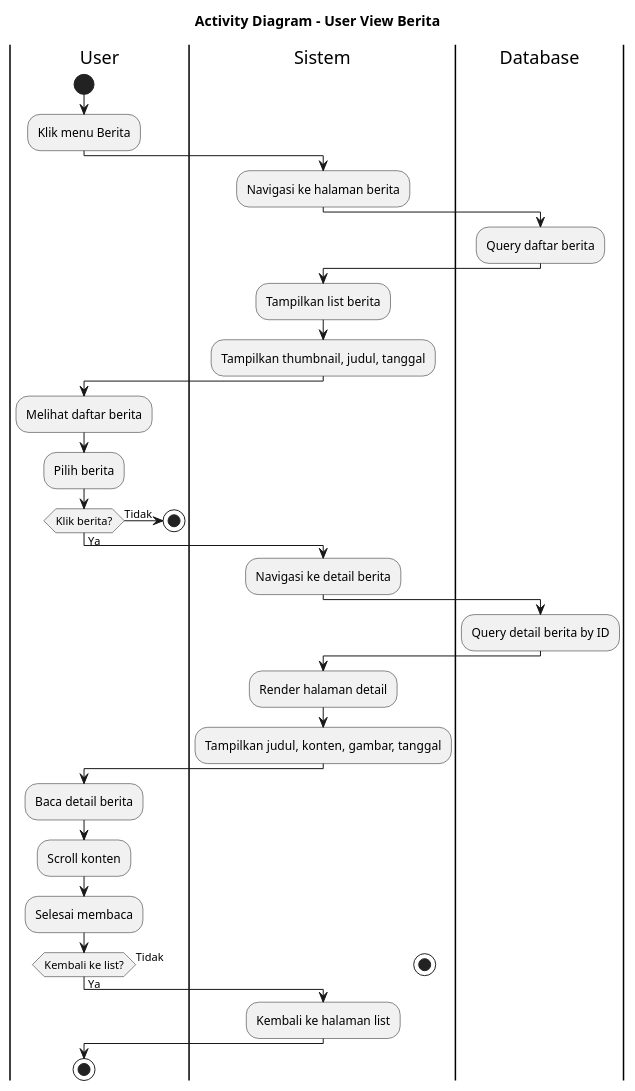
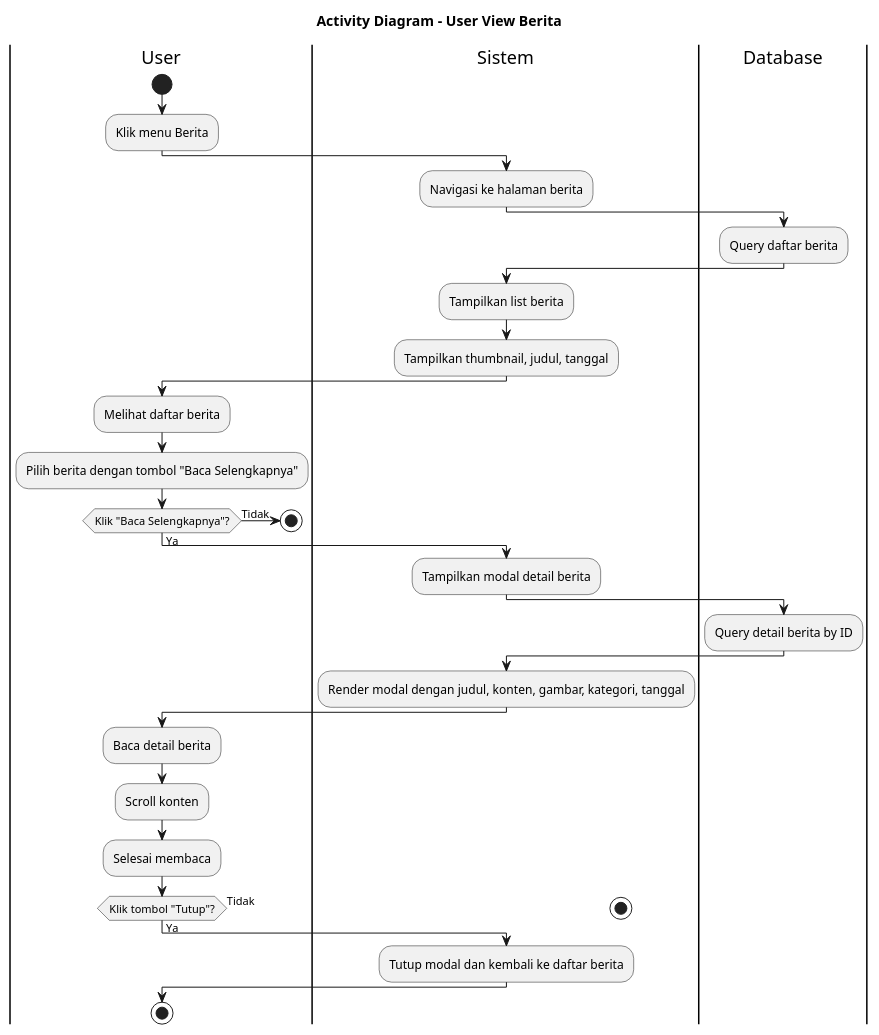
One commit to jaddu17/capstonepmikp changed the diagram in diagram/activitydiagram_user_view_berita.puml. Above: the diagram before and after it, drawn with PlantUML. The commit also changed 6 other files, not shown here.

```diff
--- a/diagram/activitydiagram_user_view_berita.puml
+++ b/diagram/activitydiagram_user_view_berita.puml
@@ -1,52 +1,51 @@
 @startuml ACTIVITY_DIAGRAM_USER_VIEW_BERITA
 title Activity Diagram - User View Berita
 
 |User|
 start
 :Klik menu Berita;
 
 |Sistem|
 :Navigasi ke halaman berita;
 
 |Database|
 :Query daftar berita;
 
 |Sistem|
 :Tampilkan list berita;
 :Tampilkan thumbnail, judul, tanggal;
 
 |User|
 :Melihat daftar berita;
-:Pilih berita;
+:Pilih berita dengan tombol "Baca Selengkapnya";
 
-if (Klik berita?) then (Ya)
+if (Klik "Baca Selengkapnya"?) then (Ya)
   |Sistem|
-  :Navigasi ke detail berita;
+  :Tampilkan modal detail berita;
 
   |Database|
   :Query detail berita by ID;
 
   |Sistem|
-  :Render halaman detail;
-  :Tampilkan judul, konten, gambar, tanggal;
+  :Render modal dengan judul, konten, gambar, kategori, tanggal;
 
   |User|
   :Baca detail berita;
   :Scroll konten;
 else (Tidak)
   stop
 endif
 
 |User|
 :Selesai membaca;
-if (Kembali ke list?) then (Ya)
+if (Klik tombol "Tutup"?) then (Ya)
   |Sistem|
-  :Kembali ke halaman list;
+  :Tutup modal dan kembali ke daftar berita;
 else (Tidak)
   stop
 endif
 
 |User|
 stop
 
 @enduml
```
